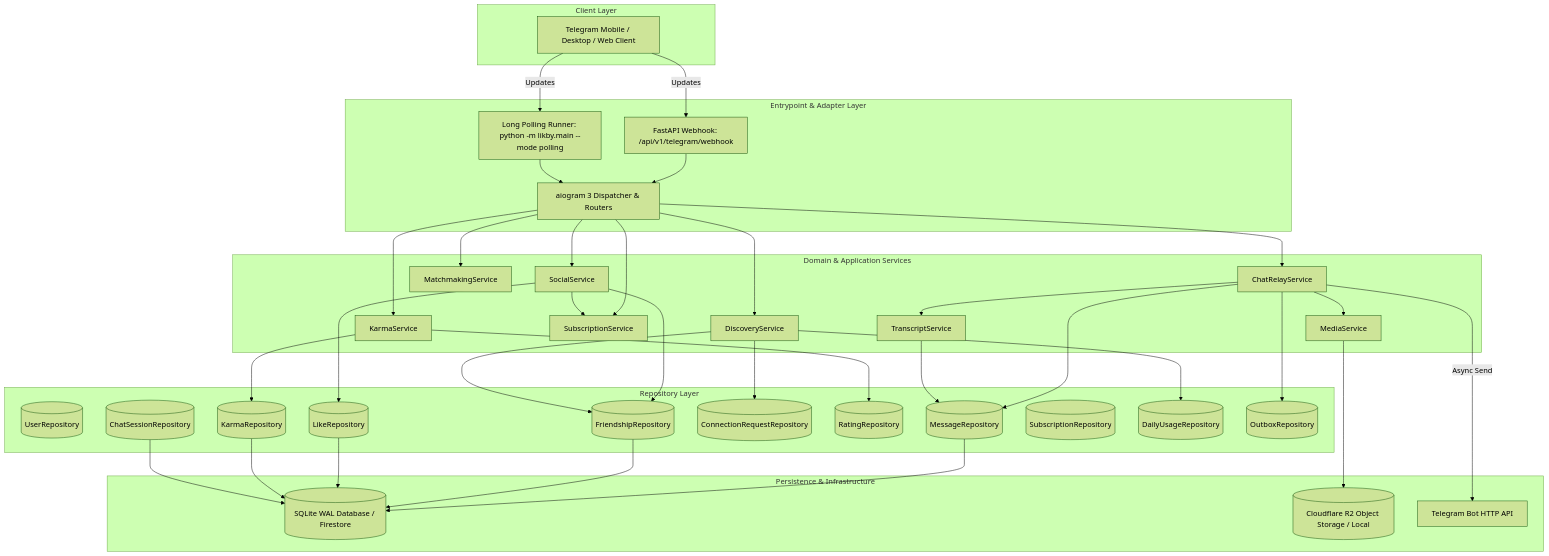
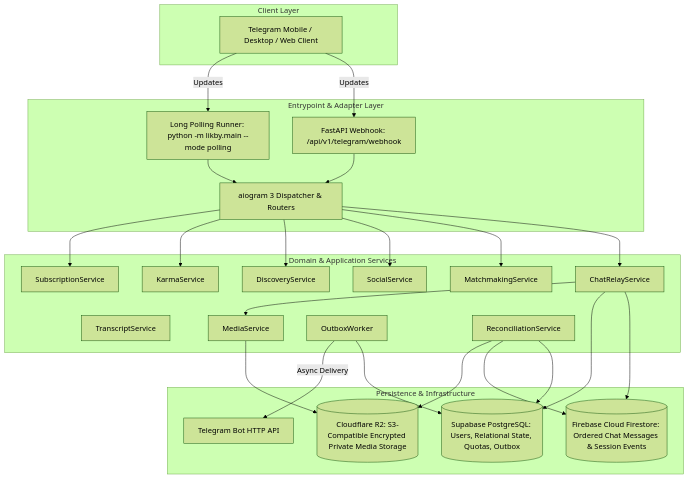
Before and after one commit to likby-dev/LikBy: the first of 3 diagrams in README.md, drawn with Mermaid (forest theme). The commit also changed other lines of this file and 179 other files, not shown here.

Commit message:
feat: complete LikBy production architecture, health/ready corn jobs, outbox workers, play mini app, and full test suite

````diff
--- a/README.md
+++ b/README.md
@@ -55,81 +57,55 @@
 ```mermaid
 graph TD
     subgraph Client Layer
         TG[Telegram Mobile / Desktop / Web Client]
     end
 
     subgraph Entrypoint & Adapter Layer
         WH[FastAPI Webhook: /api/v1/telegram/webhook]
         POL[Long Polling Runner: python -m likby.main --mode polling]
         DP[aiogram 3 Dispatcher & Routers]
     end
 
     subgraph Domain & Application Services
         CR[ChatRelayService]
         MM[MatchmakingService]
         SOC[SocialService]
         DISC[DiscoveryService]
         KRM[KarmaService]
         SUB[SubscriptionService]
         TRN[TranscriptService]
         MED[MediaService]
-    end
-
-    subgraph Repository Layer
-        UREP[(UserRepository)]
-        SREP[(ChatSessionRepository)]
-        MREP[(MessageRepository)]
-        LREP[(LikeRepository)]
-        FREP[(FriendshipRepository)]
-        QREP[(ConnectionRequestRepository)]
-        RREP[(RatingRepository)]
-        KREP[(KarmaRepository)]
-        SUREP[(SubscriptionRepository)]
-        UREP2[(DailyUsageRepository)]
-        OREP[(OutboxRepository)]
+        OBW[OutboxWorker]
+        REC[ReconciliationService]
     end
 
     subgraph Persistence & Infrastructure
-        SQLITE[(SQLite WAL Database / Firestore)]
-        R2[(Cloudflare R2 Object Storage / Local)]
+        SUPABASE[(Supabase PostgreSQL: Users, Relational State, Quotas, Outbox)]
+        FIRESTORE[(Firebase Cloud Firestore: Ordered Chat Messages & Session Events)]
+        R2[(Cloudflare R2: S3-Compatible Encrypted Private Media Storage)]
         TG_API[Telegram Bot HTTP API]
     end
 
     TG -->|Updates| WH
     TG -->|Updates| POL
     WH --> DP
     POL --> DP
 
     DP --> CR
     DP --> MM
     DP --> SOC
     DP --> DISC
     DP --> KRM
     DP --> SUB
 
-    CR --> MREP
-    CR --> OREP
-    CR --> TRN
+    CR --> FIRESTORE
+    CR --> SUPABASE
     CR --> MED
-    CR -->|Async Send| TG_API
-
-    SOC --> LREP
-    SOC --> FREP
-    SOC --> SUB
-
-    DISC --> UREP2
-    DISC --> QREP
-    DISC --> FREP
-
-    KRM --> RREP
-    KRM --> KREP
-
-    TRN --> MREP
     MED --> R2
-
-    MREP --> SQLITE
-    FREP --> SQLITE
-    LREP --> SQLITE
-    KREP --> SQLITE
-    SREP --> SQLITE
+    
+    OBW --> SUPABASE
+    OBW -->|Async Delivery| TG_API
+    REC --> SUPABASE
+    REC --> FIRESTORE
+    REC --> R2
 ```
````
